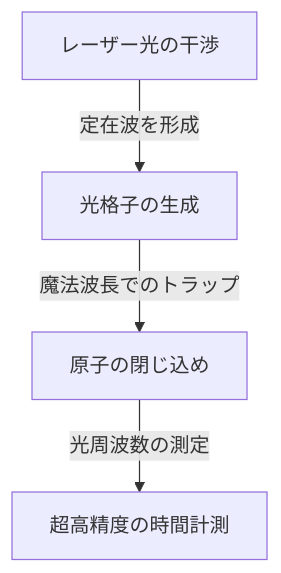
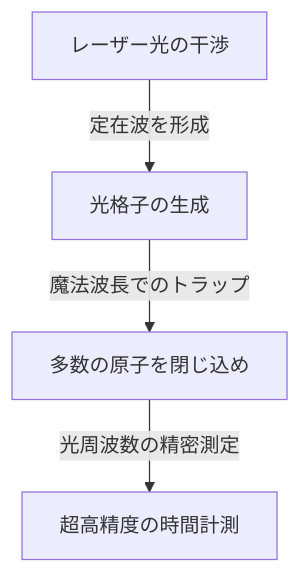
One commit to kenjinote/blog changed the third of 3 diagrams in content/post/history-of-timekeeping-technology/index.md. Above: the diagram before and after it, drawn with Mermaid. The commit also changed other lines of this file and 129 other files, not shown here.

````diff
--- a/content/post/history-of-timekeeping-technology/index.md
+++ b/content/post/history-of-timekeeping-technology/index.md
@@ -67,6 +85,6 @@
 ```mermaid
 graph TD
     A["レーザー光の干渉"] -- "定在波を形成" --> B["光格子の生成"]
-    B -- "魔法波長でのトラップ" --> C["原子の閉じ込め"]
-    C -- "光周波数の測定" --> D["超高精度の時間計測"]
+    B -- "魔法波長でのトラップ" --> C["多数の原子を閉じ込め"]
+    C -- "光周波数の精密測定" --> D["超高精度の時間計測"]
 ```
````
